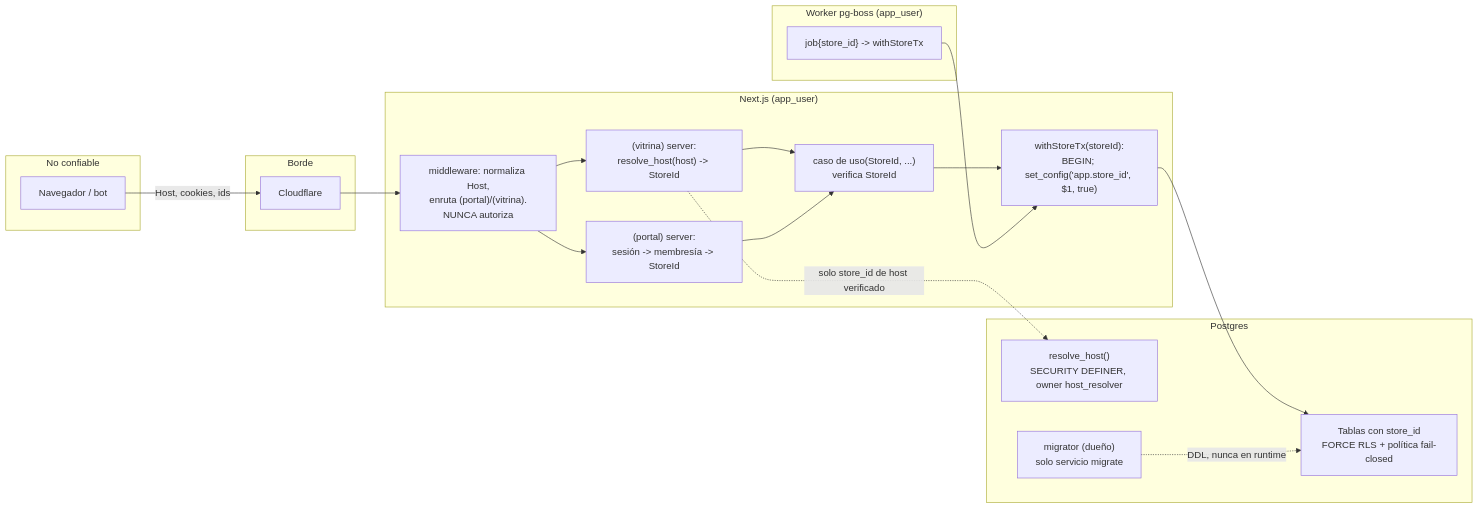
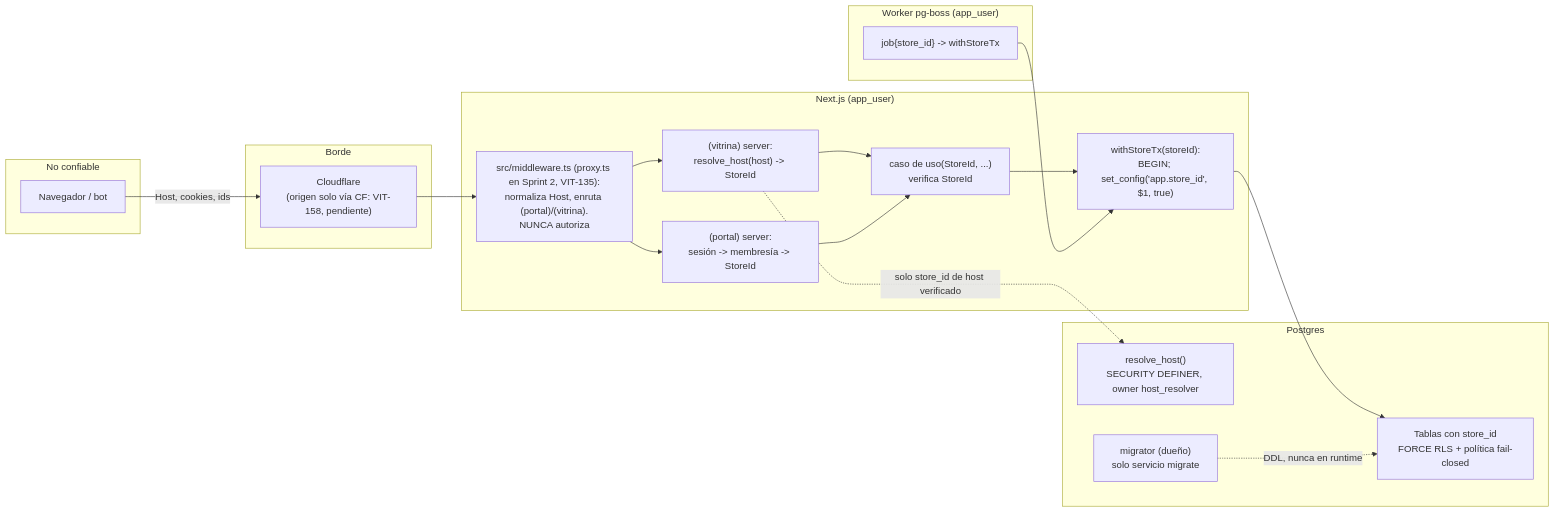
The diagram in docs/security/threat-models/tenancy.md (cesardonosov/vitrinIA), drawn with Mermaid before and after one commit. The commit also changed other lines of this file and 1 other file, not shown here.

First line of the commit message:
docs(security): align tenancy threat model and SECURITY.md with main (VIT-108 v1.1)

````diff
--- a/docs/security/threat-models/tenancy.md
+++ b/docs/security/threat-models/tenancy.md
@@ -37,31 +38,31 @@
 ```mermaid
 flowchart LR
   subgraph untrusted["No confiable"]
     B[Navegador / bot]
   end
   subgraph edge["Borde"]
-    CF[Cloudflare]
+    CF["Cloudflare<br/>(origen solo vía CF: VIT-158, pendiente)"]
   end
   subgraph app["Next.js (app_user)"]
-    MW["middleware: normaliza Host,<br/>enruta (portal)/(vitrina).<br/>NUNCA autoriza"]
+    MW["src/middleware.ts (proxy.ts en Sprint 2, VIT-135):<br/>normaliza Host, enruta (portal)/(vitrina).<br/>NUNCA autoriza"]
     V["(vitrina) server:<br/>resolve_host(host) -> StoreId"]
     P["(portal) server:<br/>sesión -> membresía -> StoreId"]
     UC["caso de uso(StoreId, ...)<br/>verifica StoreId"]
     TX["withStoreTx(storeId):<br/>BEGIN; set_config('app.store_id', $1, true)"]
   end
   subgraph worker["Worker pg-boss (app_user)"]
     J["job{store_id} -> withStoreTx"]
   end
   subgraph db["Postgres"]
     RH["resolve_host()<br/>SECURITY DEFINER, owner host_resolver"]
     RLS["Tablas con store_id<br/>FORCE RLS + política fail-closed"]
     MIG["migrator (dueño)<br/>solo servicio migrate"]
   end
   B -->|"Host, cookies, ids"| CF --> MW
   MW --> V --> UC
   MW --> P --> UC
   UC --> TX --> RLS
   V -.->|"solo store_id de host verificado"| RH
   J --> TX
   MIG -.->|"DDL, nunca en runtime"| RLS
 ```
````
